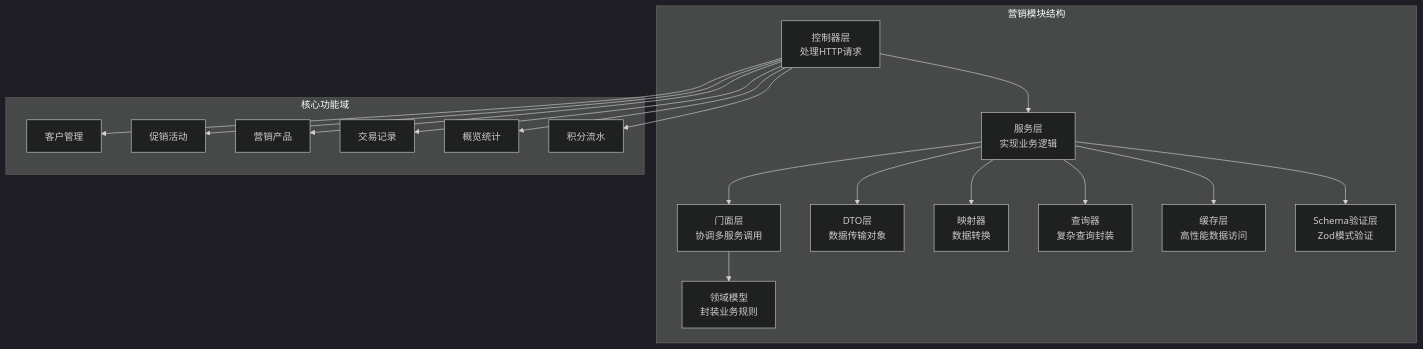
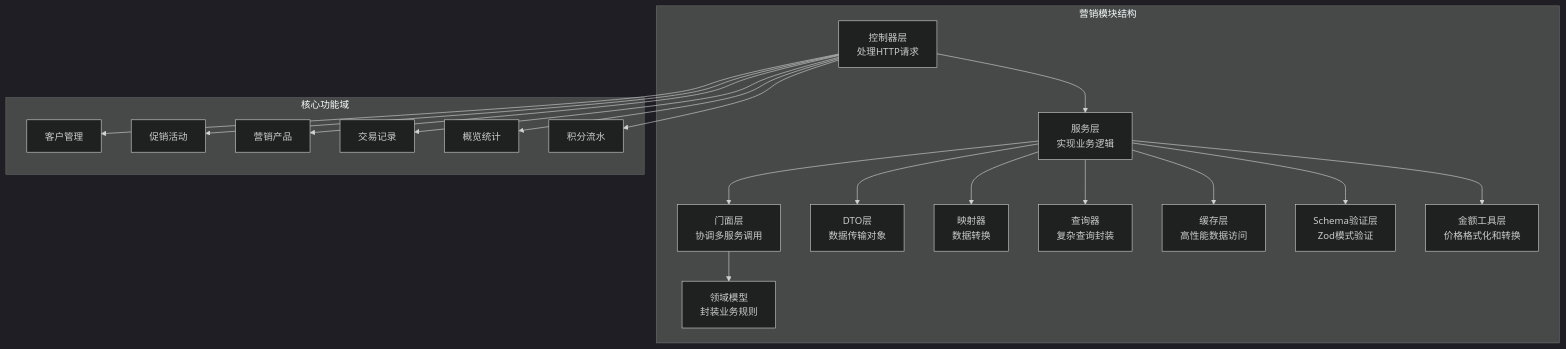
Before and after one commit to rc558620/purelyprofit-server: the first of 43 diagrams in .qoder/repowiki/zh/content/业务模块/营销推广模块/营销推广模块.md, drawn with Mermaid (dark theme). The commit also changed other lines of this file and 30 other files, not shown here.

````diff
--- a/.qoder/repowiki/zh/content/业务模块/营销推广模块/营销推广模块.md
+++ b/.qoder/repowiki/zh/content/业务模块/营销推广模块/营销推广模块.md
@@ -115,36 +118,38 @@
 ```mermaid
 graph TB
 subgraph "营销模块结构"
 Controllers["控制器层<br/>处理HTTP请求"]
 Services["服务层<br/>实现业务逻辑"]
 Facades["门面层<br/>协调多服务调用"]
 Domain["领域模型<br/>封装业务规则"]
 DTOs["DTO层<br/>数据传输对象"]
 Mappers["映射器<br/>数据转换"]
 Queries["查询器<br/>复杂查询封装"]
 Cache["缓存层<br/>高性能数据访问"]
 Schemas["Schema验证层<br/>Zod模式验证"]
+MoneyUtils["金额工具层<br/>价格格式化和转换"]
 end
 subgraph "核心功能域"
 Customers["客户管理"]
 Promotions["促销活动"]
 Products["营销产品"]
 Transactions["交易记录"]
 Overview["概览统计"]
 PointsRecords["积分流水"]
 end
 Controllers --> Services
 Services --> Facades
 Facades --> Domain
 Services --> DTOs
 Services --> Mappers
 Services --> Queries
 Services --> Cache
 Services --> Schemas
+Services --> MoneyUtils
 Controllers --> Customers
 Controllers --> Promotions
 Controllers --> Products
 Controllers --> Transactions
 Controllers --> Overview
 Controllers --> PointsRecords
 ```
````
